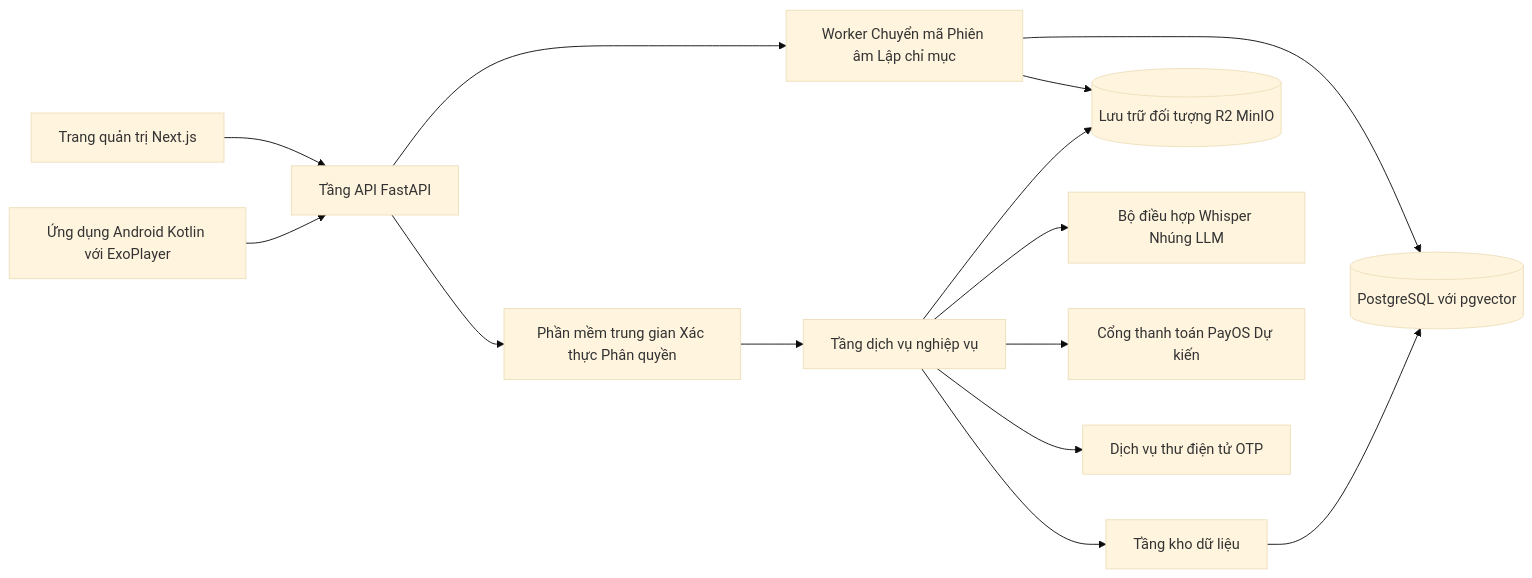
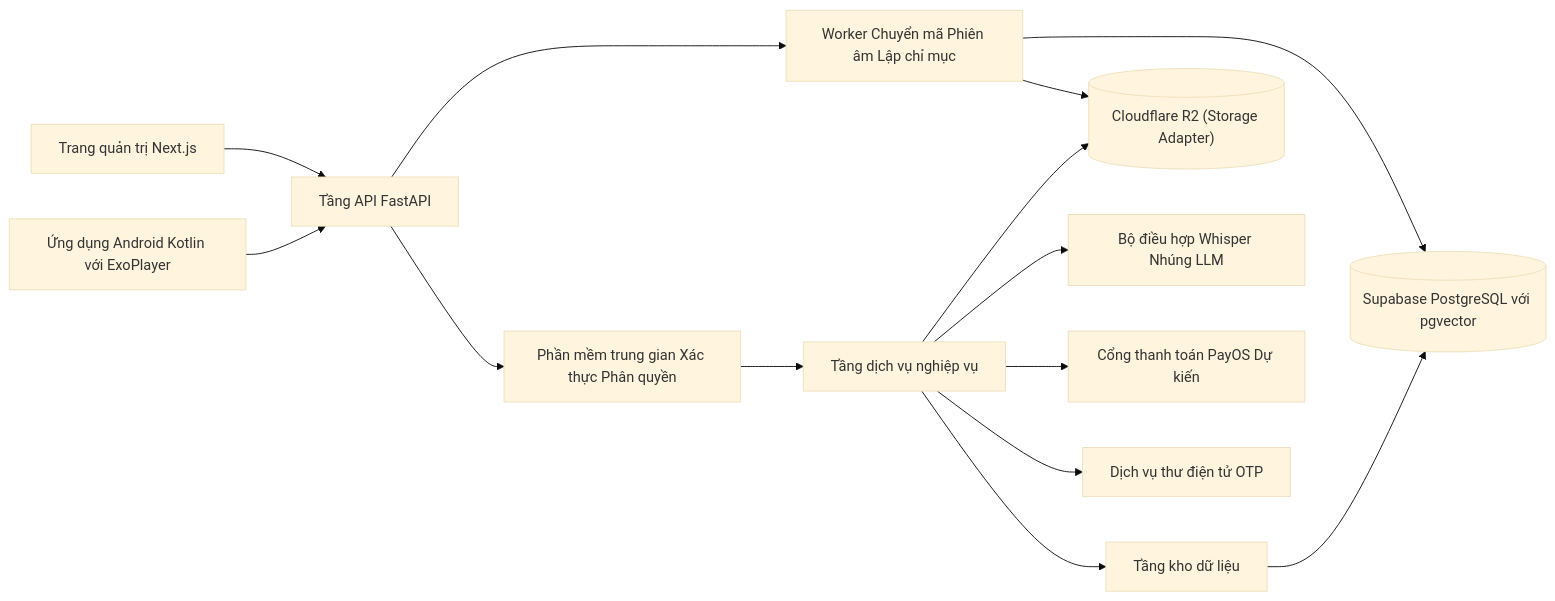
One commit to loctq-vn/elearning-backend changed the first of 2 diagrams in docs/10_BE_Architecture.md. Above: the diagram before and after it, drawn with Mermaid (base theme). The commit also changed other lines of this file and 7 other files, not shown here.

````diff
--- a/docs/10_BE_Architecture.md
+++ b/docs/10_BE_Architecture.md
@@ -62,16 +91,16 @@
 ```mermaid
 flowchart LR
     APP["Ứng dụng Android Kotlin với ExoPlayer"] --> API["Tầng API FastAPI"]
     WEB["Trang quản trị Next.js"] --> API
     API --> MW["Phần mềm trung gian Xác thực Phân quyền"]
     MW --> SVC["Tầng dịch vụ nghiệp vụ"]
     SVC --> REPO["Tầng kho dữ liệu"]
-    REPO --> DB[("PostgreSQL với pgvector")]
-    SVC --> STORE[("Lưu trữ đối tượng R2 MinIO")]
+    REPO --> DB[("Supabase PostgreSQL với pgvector")]
+    SVC --> STORE[("Cloudflare R2 (Storage Adapter)")]
     SVC --> AI["Bộ điều hợp Whisper Nhúng LLM"]
     API --> WORKER["Worker Chuyển mã Phiên âm Lập chỉ mục"]
     WORKER --> DB
     WORKER --> STORE
     SVC --> PAYOS["Cổng thanh toán PayOS Dự kiến"]
     SVC --> MAIL["Dịch vụ thư điện tử OTP"]
 ```
````
